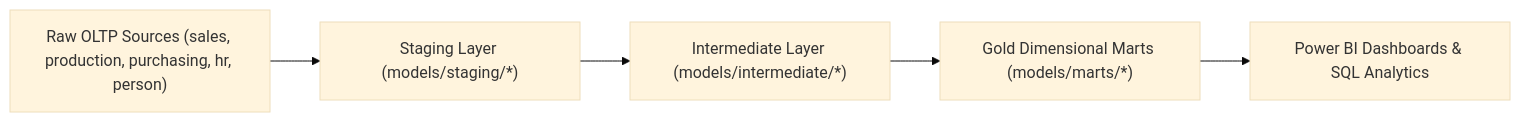
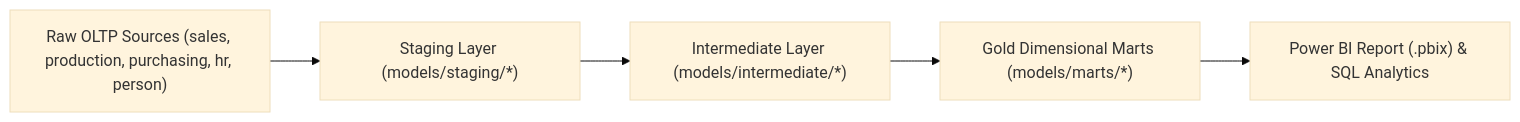
Before and after one commit to jhsfhtls/adventureworks-analytics: the diagram in README.md, drawn with Mermaid (base theme). The commit also changed other lines of this file, not shown here.

Commit message:
docs(readme): document pbix offline model and Power Query data source settings

````diff
--- a/README.md
+++ b/README.md
@@ -13,7 +13,7 @@
 ```mermaid
 flowchart LR
     RAW["Raw OLTP Sources (sales, production, purchasing, hr, person)"] --> STG["Staging Layer (models/staging/*)"]
     STG --> INT["Intermediate Layer (models/intermediate/*)"]
     INT --> MARTS["Gold Dimensional Marts (models/marts/*)"]
-    MARTS --> BI["Power BI Dashboards & SQL Analytics"]
+    MARTS --> BI["Power BI Report (.pbix) & SQL Analytics"]
 ```
````
